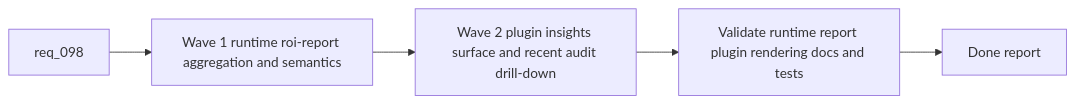
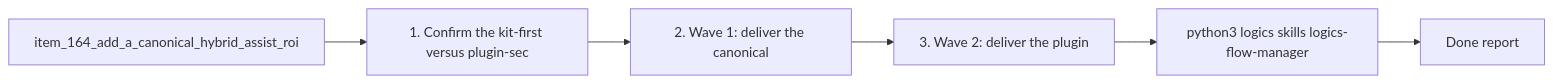
Before and after one commit to AlexAgo83/logics-manager: the diagram in logics/tasks/task_102_orchestration_delivery_for_req_098_hybrid_assist_roi_dispatch_reporting_and_plugin_insights.md, drawn with Mermaid. The commit also changed other lines of this file and 481 other files, not shown here.

````diff
--- a/logics/tasks/task_102_orchestration_delivery_for_req_098_hybrid_assist_roi_dispatch_reporting_and_plugin_insights.md
+++ b/logics/tasks/task_102_orchestration_delivery_for_req_098_hybrid_assist_roi_dispatch_reporting_and_plugin_insights.md
@@ -33,9 +33,10 @@
 ```mermaid
 %% logics-kind: task
 %% logics-signature: task|orchestration-delivery-for-req-098-hybri|item-164-add-a-canonical-hybrid-assist-r|1-confirm-the-kit-first-versus-plugin-se|python3-logics-skills-logics-flow-manage
 flowchart LR
-    Start[req_098] --> Wave1[Wave 1 runtime roi-report aggregation and semantics]
-    Wave1 --> Wave2[Wave 2 plugin insights surface and recent audit drill-down]
-    Wave2 --> Validate[Validate runtime report plugin rendering docs and tests]
-    Validate --> Report[Done report]
+    Backlog[item_164_add_a_canonical_hybrid_assist_roi] --> Step1[1. Confirm the kit-first versus plugin-sec]
+    Step1 --> Step2[2. Wave 1: deliver the canonical]
+    Step2 --> Step3[3. Wave 2: deliver the plugin]
+    Step3 --> Validation[python3 logics skills logics-flow-manager]
+    Validation --> Report[Done report]
 ```
````
